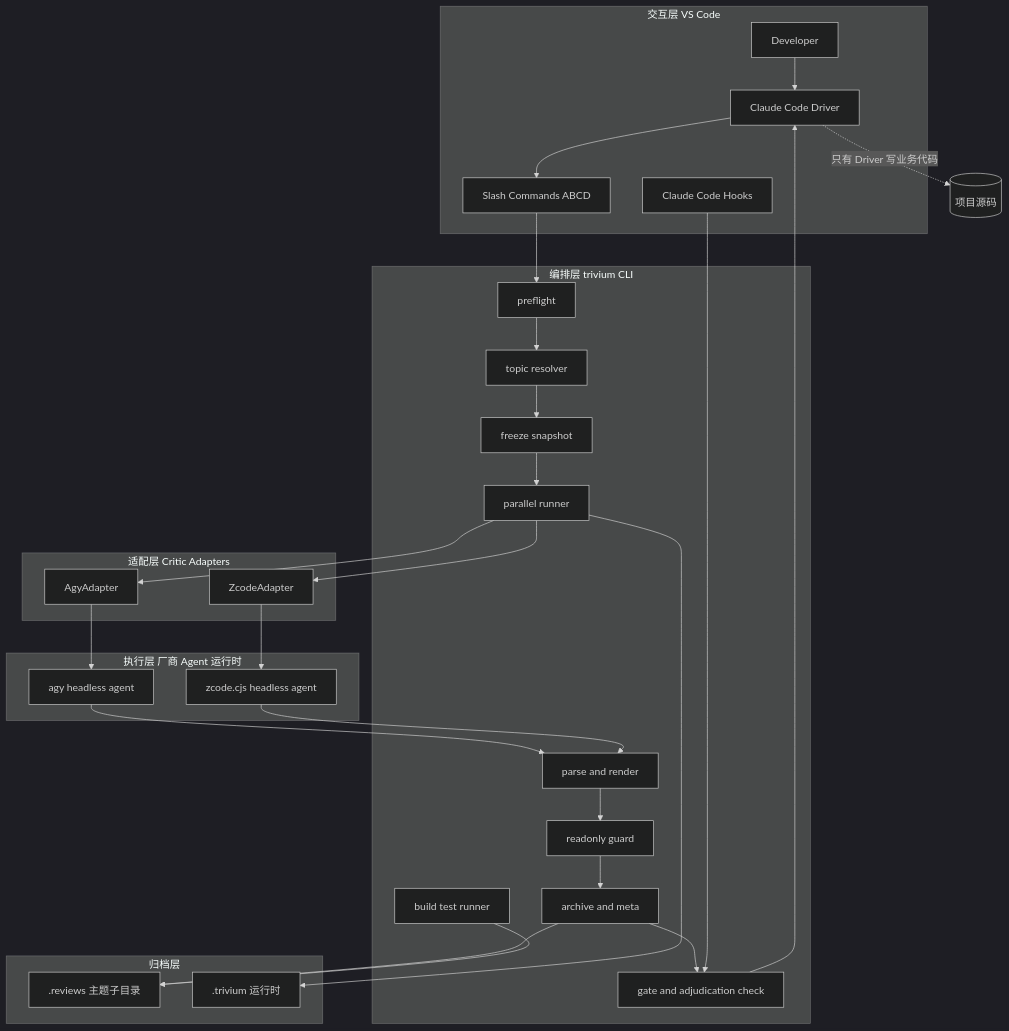
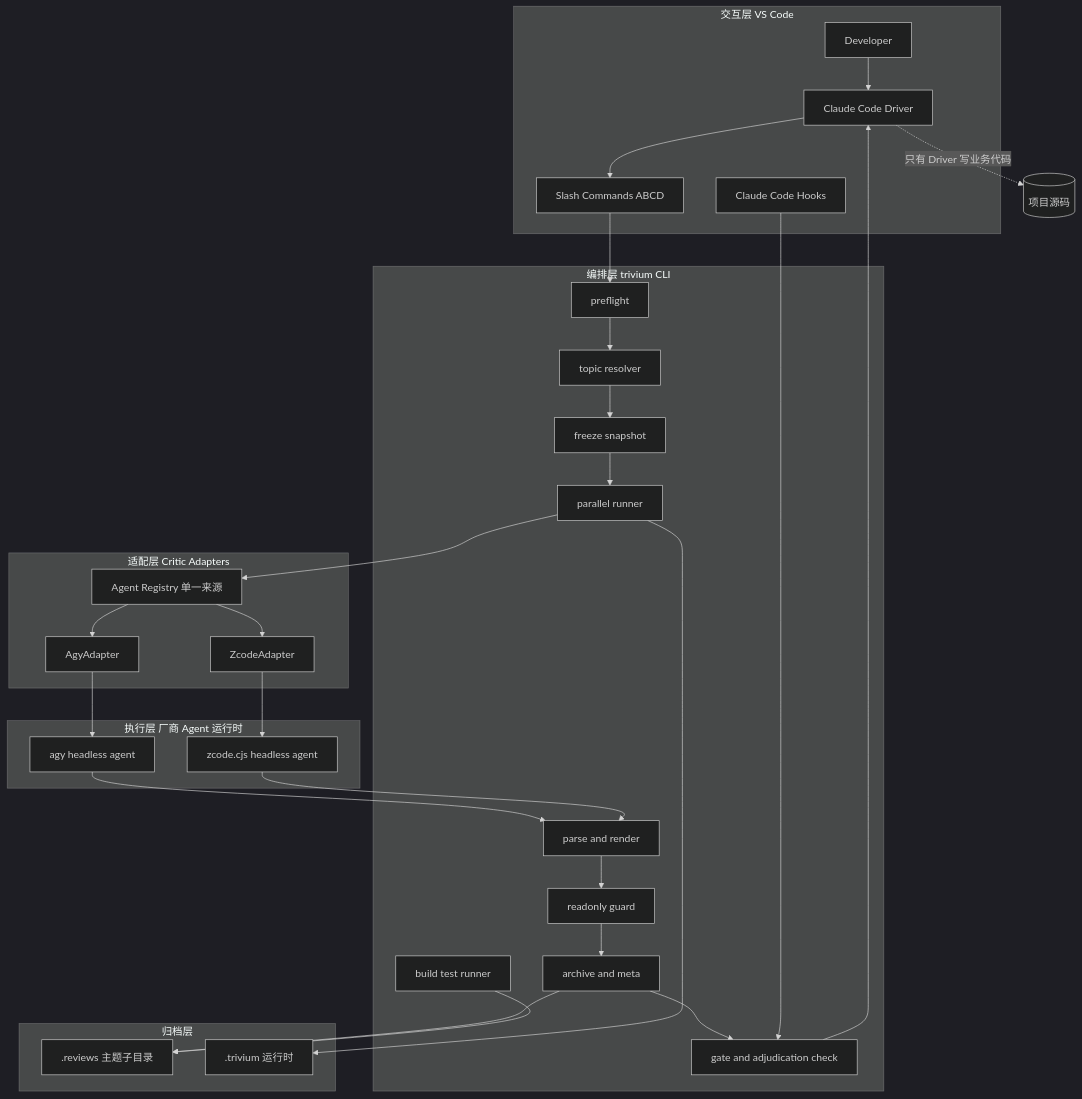
One commit to striver2006/TriviumCode changed the first of 4 diagrams in doc/02_design/2026-09-10-Driver-DualCritic主攻双审流水线设计.md. Above: the diagram before and after it, drawn with Mermaid (dark theme). The commit also changed other lines of this file and 37 other files, not shown here.

````diff
--- a/doc/02_design/2026-09-10-Driver-DualCritic主攻双审流水线设计.md
+++ b/doc/02_design/2026-09-10-Driver-DualCritic主攻双审流水线设计.md
@@ -226,47 +274,49 @@
 ```mermaid
 flowchart TD
     subgraph L1[交互层 VS Code]
         dev[Developer]
         cc[Claude Code Driver]
         cmds[Slash Commands ABCD]
         hooks[Claude Code Hooks]
     end
     subgraph L2[编排层 trivium CLI]
         pre[preflight]
         topic[topic resolver]
         freeze[freeze snapshot]
         runner[parallel runner]
         parse[parse and render]
         guard[readonly guard]
         gate[gate and adjudication check]
         arch[archive and meta]
         verify[build test runner]
     end
     subgraph L3[适配层 Critic Adapters]
+        reg[Agent Registry 单一来源]
         agyad[AgyAdapter]
         zcad[ZcodeAdapter]
     end
     subgraph L4[执行层 厂商 Agent 运行时]
         agy[agy headless agent]
         zcode[zcode.cjs headless agent]
     end
     subgraph L5[归档层]
         reviews[.reviews 主题子目录]
         runtime[.trivium 运行时]
     end
     dev --> cc
     cc --> cmds
     cmds --> pre
     pre --> topic --> freeze --> runner
-    runner --> agyad --> agy
-    runner --> zcad --> zcode
+    runner --> reg
+    reg --> agyad --> agy
+    reg --> zcad --> zcode
     agy --> parse
     zcode --> parse
     parse --> guard --> arch --> reviews
     runner --> runtime
     arch --> gate
     gate --> cc
     hooks --> gate
     verify --> reviews
     cc -.只有 Driver 写业务代码.-> repo[(项目源码)]
 ```
````
